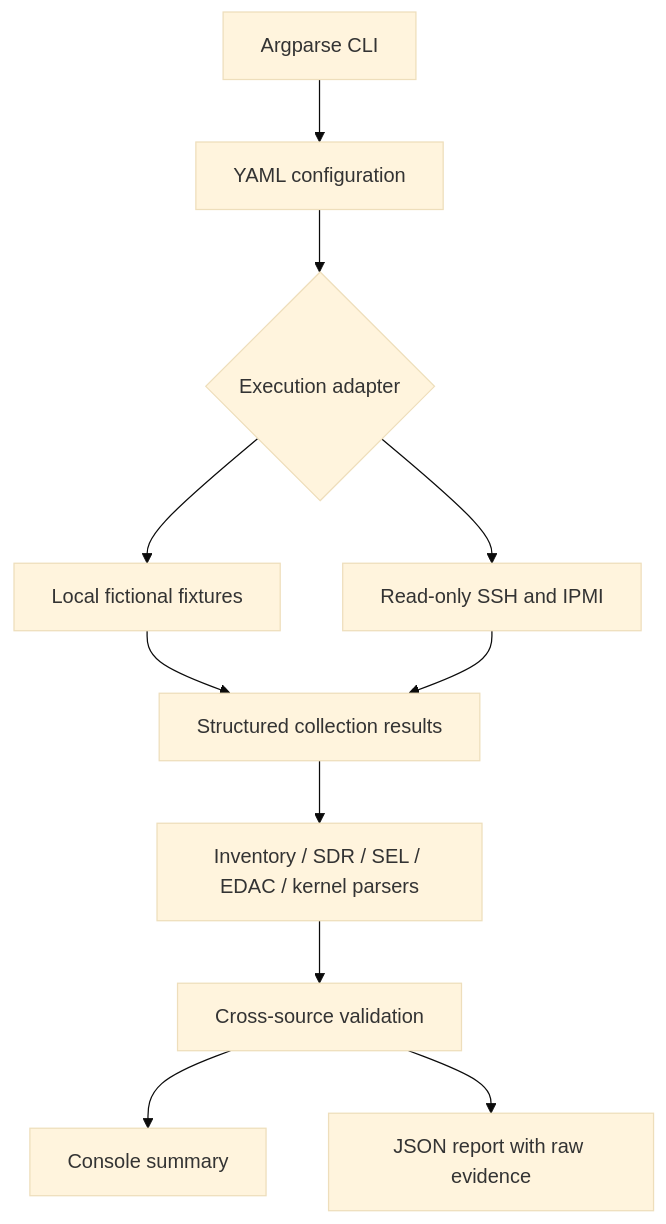
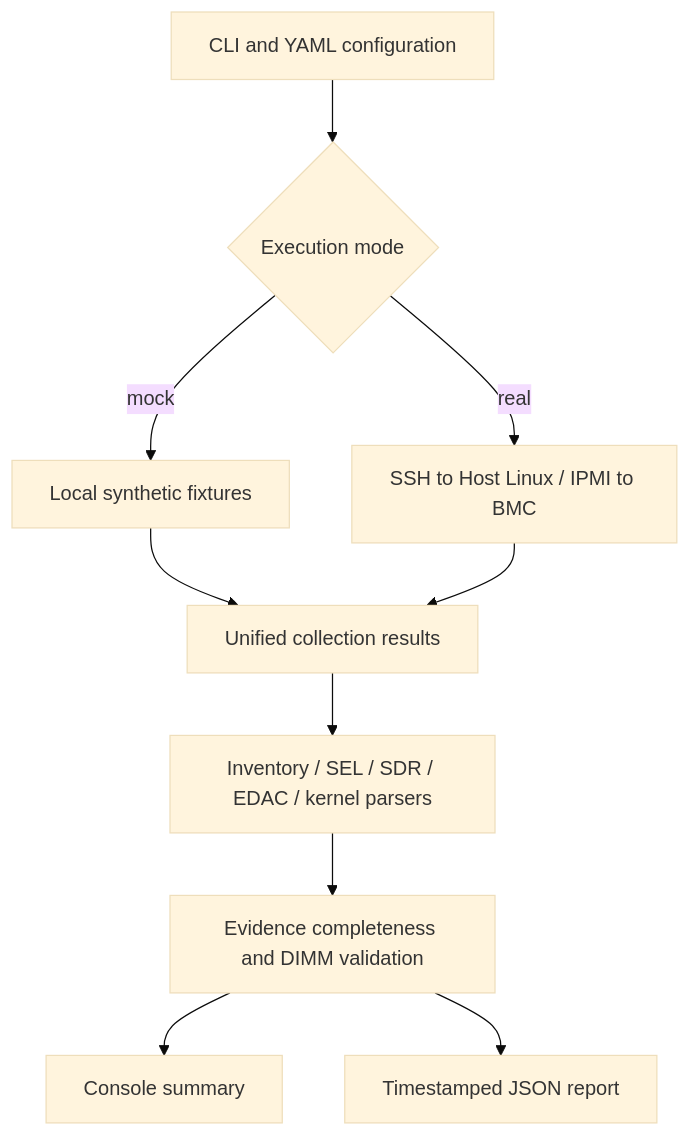
The diagram in README.md (telliex/Server-DIMM-Health-Validator), drawn with Mermaid (base theme) before and after one commit. The commit also changed other lines of this file and 1 other file, not shown here.

````diff
--- a/README.md
+++ b/README.md
@@ -7,13 +9,12 @@
 ```mermaid
 flowchart TD
-    CLI[Argparse CLI] --> Config[YAML configuration]
-    Config --> Adapter{Execution adapter}
-    Adapter --> Mock[Local fictional fixtures]
-    Adapter --> Real[Read-only SSH and IPMI]
-    Mock --> Evidence[Structured collection results]
-    Real --> Evidence
-    Evidence --> Parsers[Inventory / SDR / SEL / EDAC / kernel parsers]
-    Parsers --> Rules[Cross-source validation]
-    Rules --> Console[Console summary]
-    Rules --> JSON[JSON report with raw evidence]
+    A[CLI and YAML configuration] --> B{Execution mode}
+    B -->|mock| C[Local synthetic fixtures]
+    B -->|real| D[SSH to Host Linux / IPMI to BMC]
+    C --> E[Unified collection results]
+    D --> E
+    E --> F[Inventory / SEL / SDR / EDAC / kernel parsers]
+    F --> G[Evidence completeness and DIMM validation]
+    G --> H[Console summary]
+    G --> I[Timestamped JSON report]
 ```
````
